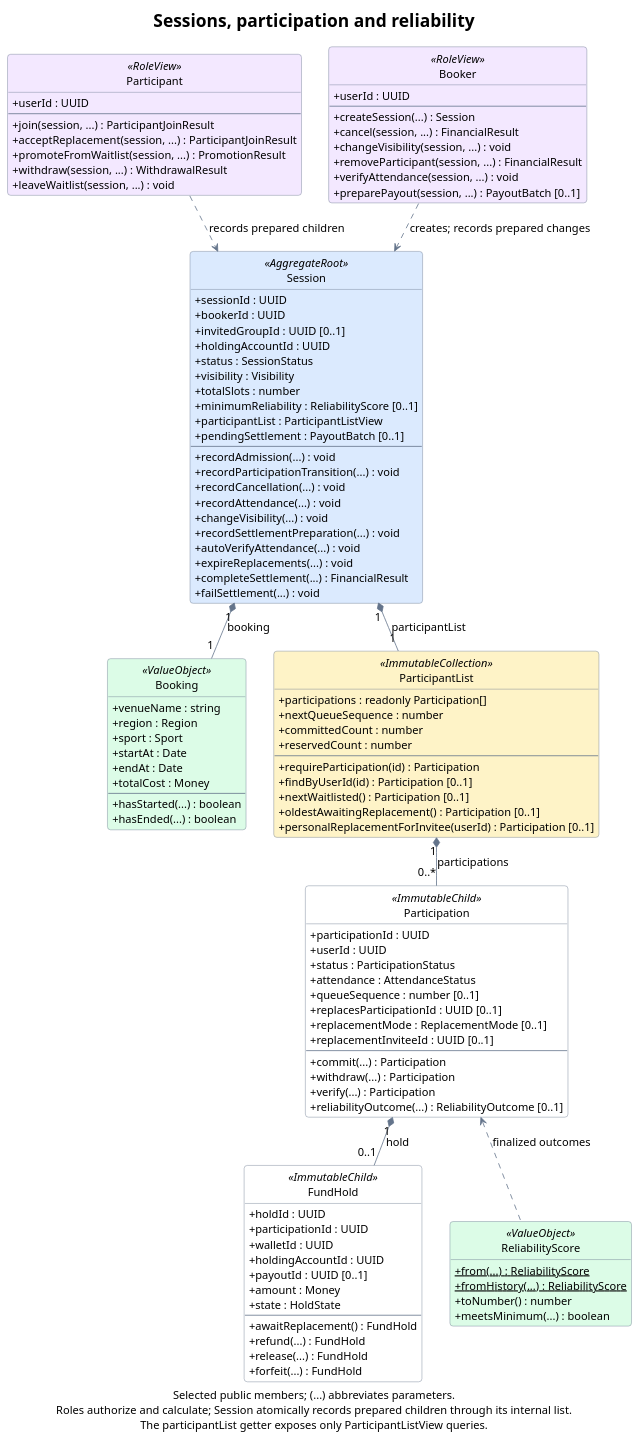
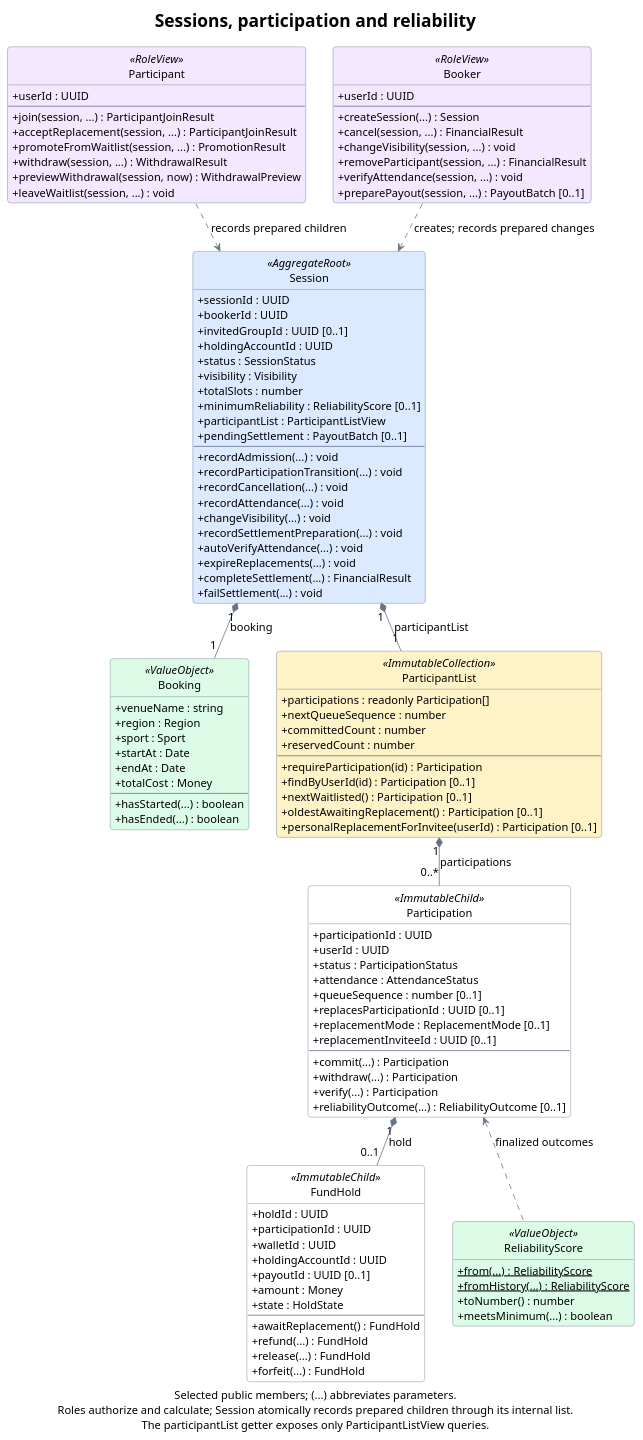
The diagram in docs/diagrams/domain-sessions.puml (rbrishi15/booking-web-manager), drawn with PlantUML before and after one commit. The commit also changed 8 other files, not shown here.

First line of the commit message:
feat(domain): add read-only Participant.previewWithdrawal (UC2-05)

```diff
--- a/docs/diagrams/domain-sessions.puml
+++ b/docs/diagrams/domain-sessions.puml
@@ -1,144 +1,145 @@
 @startuml domain-sessions
 title Sessions, participation and reliability
 
 top to bottom direction
 hide empty members
 hide circle
 skinparam backgroundColor #FFFFFF
 skinparam shadowing false
 skinparam roundcorner 8
 skinparam defaultFontName SansSerif
 skinparam defaultFontSize 14
 skinparam titleFontSize 22
 skinparam ArrowColor #64748B
 skinparam classBorderColor #64748B
 skinparam classBackgroundColor #FFFFFF
 skinparam classBackgroundColor<<AggregateRoot>> #DBEAFE
 skinparam classBackgroundColor<<ValueObject>> #DCFCE7
 skinparam classBackgroundColor<<RoleView>> #F3E8FF
 skinparam classBackgroundColor<<ImmutableCollection>> #FEF3C7
 skinparam classAttributeIconSize 0
 skinparam linetype polyline
 skinparam nodesep 35
 skinparam ranksep 40
 
 class Session <<AggregateRoot>> {
   +sessionId : UUID
   +bookerId : UUID
   +invitedGroupId : UUID [0..1]
   +holdingAccountId : UUID
   +status : SessionStatus
   +visibility : Visibility
   +totalSlots : number
   +minimumReliability : ReliabilityScore [0..1]
   +participantList : ParticipantListView
   +pendingSettlement : PayoutBatch [0..1]
   --
   +recordAdmission(...) : void
   +recordParticipationTransition(...) : void
   +recordCancellation(...) : void
   +recordAttendance(...) : void
   +changeVisibility(...) : void
   +recordSettlementPreparation(...) : void
   +autoVerifyAttendance(...) : void
   +expireReplacements(...) : void
   +completeSettlement(...) : FinancialResult
   +failSettlement(...) : void
 }
 
 class Participant <<RoleView>> {
   +userId : UUID
   --
   +join(session, ...) : ParticipantJoinResult
   +acceptReplacement(session, ...) : ParticipantJoinResult
   +promoteFromWaitlist(session, ...) : PromotionResult
   +withdraw(session, ...) : WithdrawalResult
+  +previewWithdrawal(session, now) : WithdrawalPreview
   +leaveWaitlist(session, ...) : void
 }
 
 class Booker <<RoleView>> {
   +userId : UUID
   --
   +createSession(...) : Session
   +cancel(session, ...) : FinancialResult
   +changeVisibility(session, ...) : void
   +removeParticipant(session, ...) : FinancialResult
   +verifyAttendance(session, ...) : void
   +preparePayout(session, ...) : PayoutBatch [0..1]
 }
 
 class Booking <<ValueObject>> {
   +venueName : string
   +region : Region
   +sport : Sport
   +startAt : Date
   +endAt : Date
   +totalCost : Money
   --
   +hasStarted(...) : boolean
   +hasEnded(...) : boolean
 }
 
 class ParticipantList <<ImmutableCollection>> {
   +participations : readonly Participation[]
   +nextQueueSequence : number
   +committedCount : number
   +reservedCount : number
   --
   +requireParticipation(id) : Participation
   +findByUserId(id) : Participation [0..1]
   +nextWaitlisted() : Participation [0..1]
   +oldestAwaitingReplacement() : Participation [0..1]
   +personalReplacementForInvitee(userId) : Participation [0..1]
 }
 
 class Participation <<ImmutableChild>> {
   +participationId : UUID
   +userId : UUID
   +status : ParticipationStatus
   +attendance : AttendanceStatus
   +queueSequence : number [0..1]
   +replacesParticipationId : UUID [0..1]
   +replacementMode : ReplacementMode [0..1]
   +replacementInviteeId : UUID [0..1]
   --
   +commit(...) : Participation
   +withdraw(...) : Participation
   +verify(...) : Participation
   +reliabilityOutcome(...) : ReliabilityOutcome [0..1]
 }
 
 class FundHold <<ImmutableChild>> {
   +holdId : UUID
   +participationId : UUID
   +walletId : UUID
   +holdingAccountId : UUID
   +payoutId : UUID [0..1]
   +amount : Money
   +state : HoldState
   --
   +awaitReplacement() : FundHold
   +refund(...) : FundHold
   +release(...) : FundHold
   +forfeit(...) : FundHold
 }
 
 class ReliabilityScore <<ValueObject>> {
   {static} +from(...) : ReliabilityScore
   {static} +fromHistory(...) : ReliabilityScore
   +toNumber() : number
   +meetsMinimum(...) : boolean
 }
 
 Session "1" *-down- "1" Booking : booking
 Participant .down.> Session : records prepared children
 Booker .down.> Session : creates; records prepared changes
 Session "1" *-down- "1" ParticipantList : participantList
 ParticipantList "1" *-down- "0..*" Participation : participations
 Participation "1" *-down- "0..1" FundHold : hold
 ReliabilityScore .up.> Participation : finalized outcomes
 Booking -[hidden]right- ParticipantList
 FundHold -[hidden]right- ReliabilityScore
 
 caption Selected public members; (...) abbreviates parameters.\nRoles authorize and calculate; Session atomically records prepared children through its internal list.\nThe participantList getter exposes only ParticipantListView queries.
 @enduml
```
